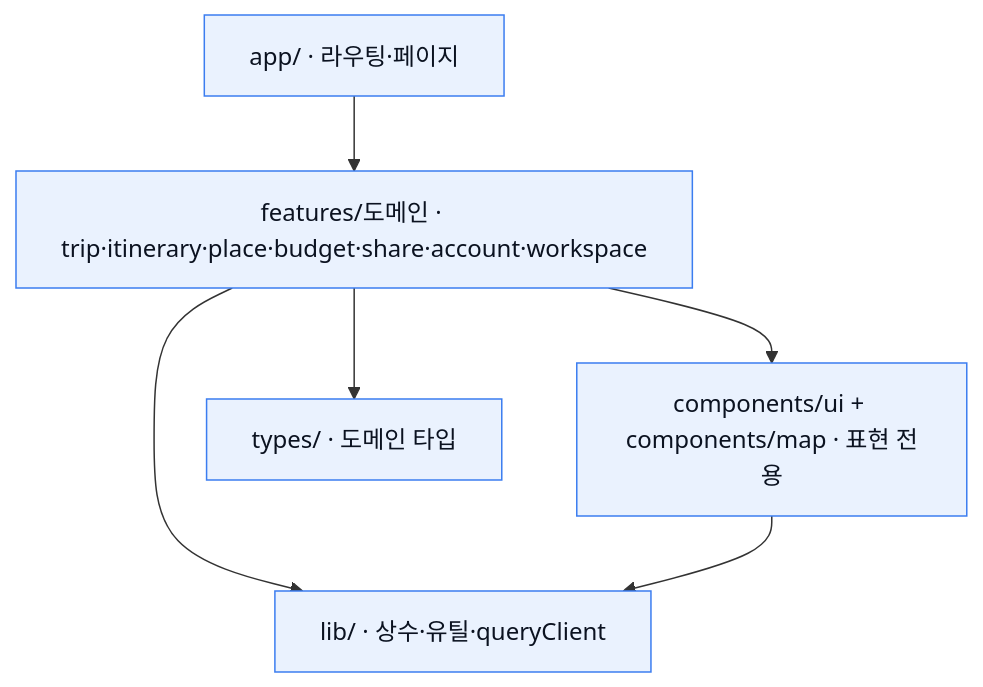
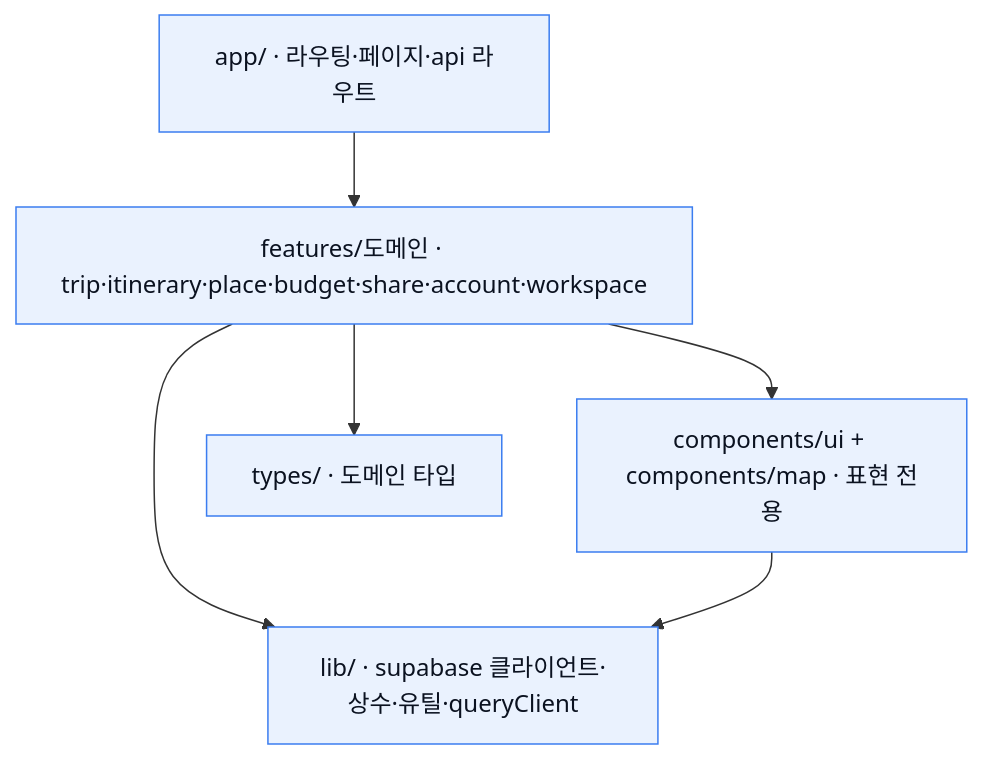
The first of 2 diagrams in README.md (so-log/jero), drawn with Mermaid before and after one commit. The commit also changed other lines of this file and 10 other files, not shown here.

````diff
--- a/README.md
+++ b/README.md
@@ -70,10 +74,10 @@
 ```mermaid
 flowchart TD
-  app["app/ · 라우팅·페이지"] --> features["features/도메인 · trip·itinerary·place·budget·share·account·workspace"]
+  app["app/ · 라우팅·페이지·api 라우트"] --> features["features/도메인 · trip·itinerary·place·budget·share·account·workspace"]
   features --> ui["components/ui + components/map · 표현 전용"]
-  features --> lib["lib/ · 상수·유틸·queryClient"]
+  features --> lib["lib/ · supabase 클라이언트·상수·유틸·queryClient"]
   features --> types["types/ · 도메인 타입"]
   ui --> lib
   classDef box fill:#EAF2FE,stroke:#3B7DF0,color:#0B1220;
   class app,features,ui,lib,types box;
 ```
````
